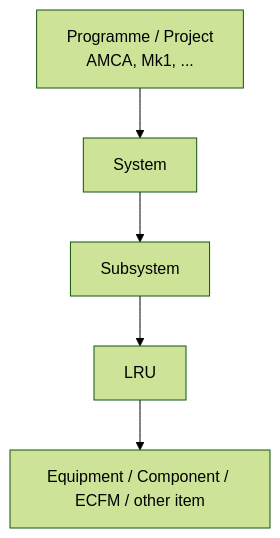
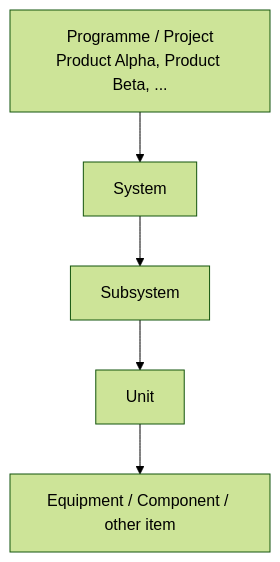
One commit to AntonMT686/ELM changed the second of 4 diagrams in Docs/PROJECT_CONTEXT.md. Above: the diagram before and after it, drawn with Mermaid (forest theme). The commit also changed other lines of this file and 131 other files, not shown here.

````diff
--- a/Docs/PROJECT_CONTEXT.md
+++ b/Docs/PROJECT_CONTEXT.md
@@ -110,8 +110,8 @@
 ```mermaid
 flowchart TD
-    P["Programme / Project<br/>AMCA, Mk1, ..."]
+    P["Programme / Project<br/>Product Alpha, Product Beta, ..."]
     P --> SYS["System"]
     SYS --> SUB["Subsystem"]
-    SUB --> LRU["LRU"]
-    LRU --> COMP["Equipment / Component / ECFM / other item"]
+    SUB --> Unit["Unit"]
+    Unit --> COMP["Equipment / Component / other item"]
 ```
````
